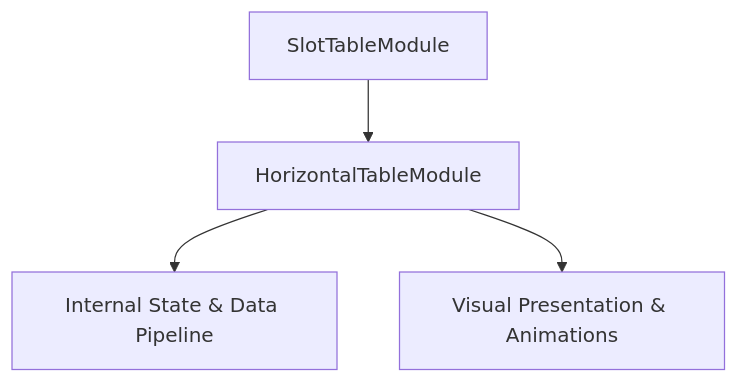
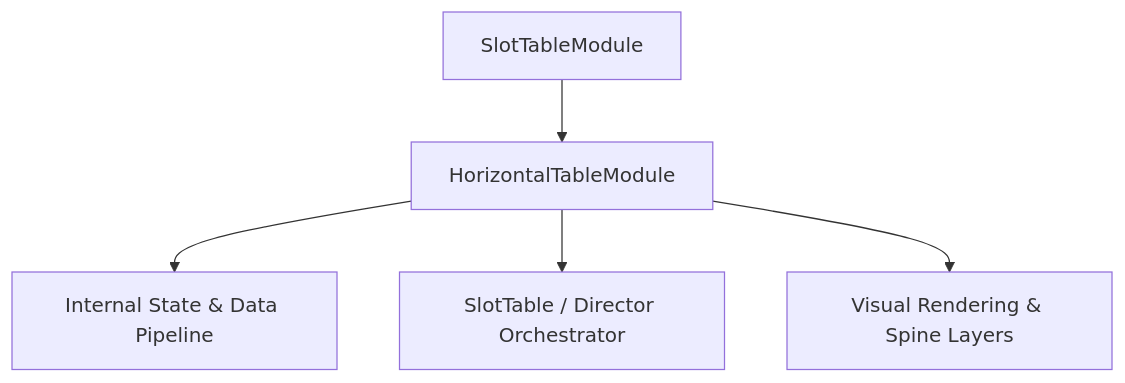
Before and after one commit to lam-ark/mcp-fwcc: the diagram in docs/cc_slot_mechanics/modules/HorizontalTableModule/01_overview/01_architecture_and_role.md, drawn with Mermaid. The commit also changed other lines of this file and 2509 other files, not shown here.

````diff
--- a/docs/cc_slot_mechanics/modules/HorizontalTableModule/01_overview/01_architecture_and_role.md
+++ b/docs/cc_slot_mechanics/modules/HorizontalTableModule/01_overview/01_architecture_and_role.md
@@ -18,6 +24,7 @@
 ```mermaid
 graph TD
-    Parent[SlotTableModule] --> Mod[HorizontalTableModule]
-    Mod --> State[Internal State & Data Pipeline]
-    Mod --> Render[Visual Presentation & Animations]
+    SuperClass[SlotTableModule] --> TargetClass[HorizontalTableModule]
+    TargetClass --> DataPipeline[Internal State & Data Pipeline]
+    TargetClass --> Orchestrator[SlotTable / Director Orchestrator]
+    TargetClass --> ViewLayer[Visual Rendering & Spine Layers]
 ```
````
